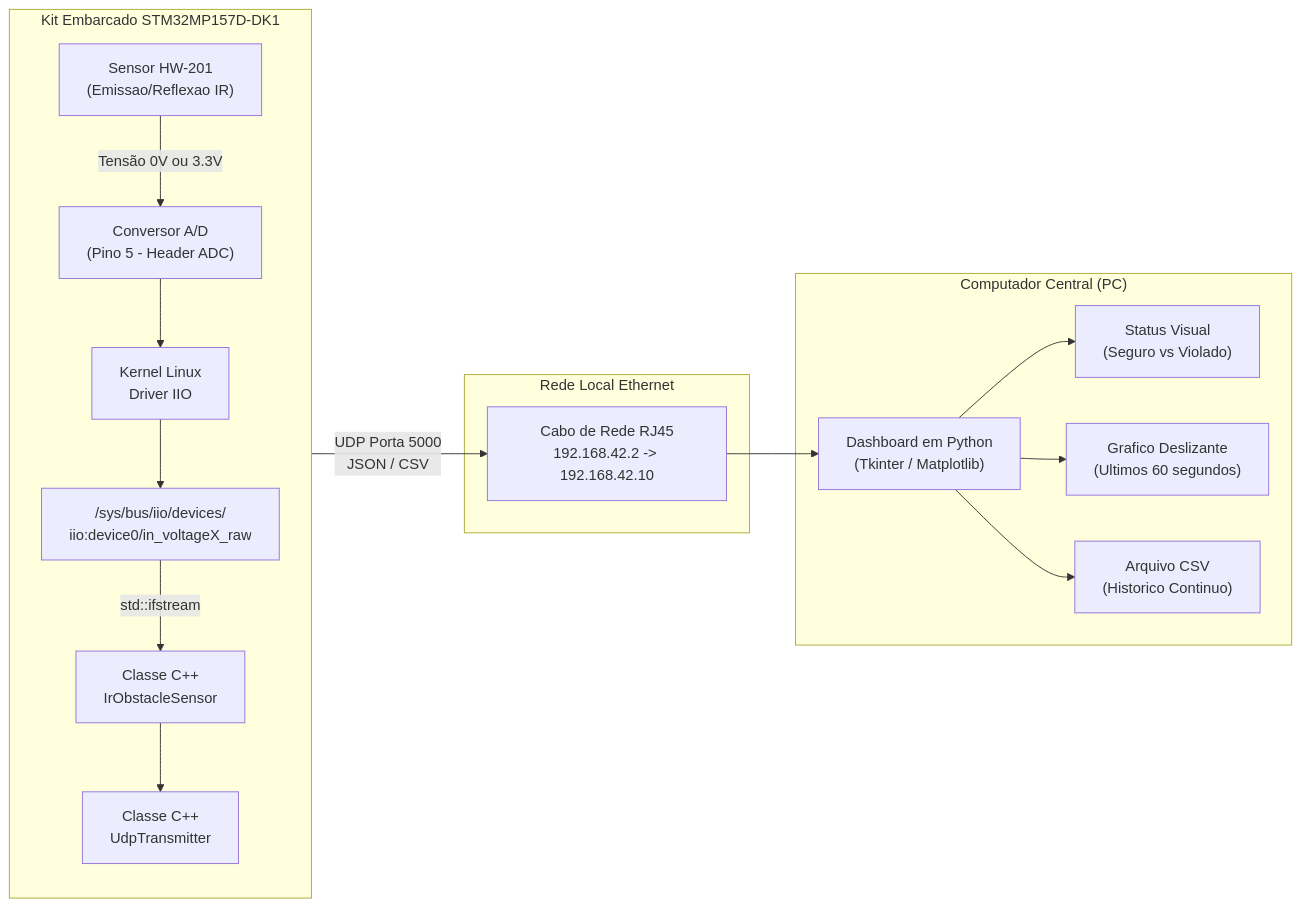
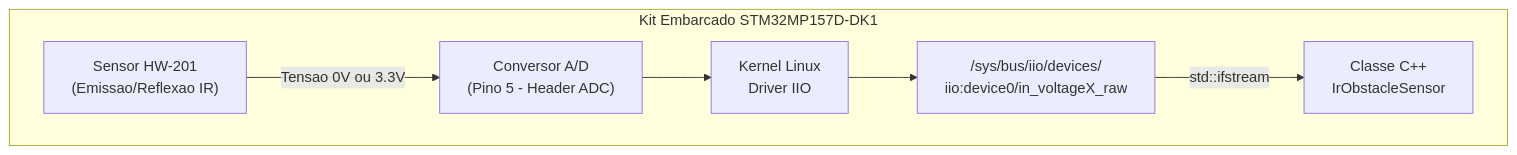
Before and after one commit to VPariz/stm32-projeto-final-prog-aplicada: the first of 2 diagrams in README.md, drawn with Mermaid. The commit also changed other lines of this file and 72 other files, not shown here.

Commit message:
refactor(entrega1): foca repositorio estritamente na classe IrObstacleSensor e Doxygen

````diff
--- a/README.md
+++ b/README.md
@@ -30,22 +27,10 @@
 ```mermaid
 flowchart LR
     subgraph HARDWARE["Kit Embarcado STM32MP157D-DK1"]
-        direction TB
-        HW201["Sensor HW-201<br/>(Emissao/Reflexao IR)"] -->|Tensão 0V ou 3.3V| ADC["Conversor A/D<br/>(Pino 5 - Header ADC)"]
+        direction LR
+        HW201["Sensor HW-201<br/>(Emissao/Reflexao IR)"] -->|Tensao 0V ou 3.3V| ADC["Conversor A/D<br/>(Pino 5 - Header ADC)"]
         ADC --> KERNEL["Kernel Linux<br/>Driver IIO"]
         KERNEL --> SYSFS["/sys/bus/iio/devices/<br/>iio:device0/in_voltageX_raw"]
         SYSFS -->|std::ifstream| SENSOR_CLASS["Classe C++<br/>IrObstacleSensor"]
-        SENSOR_CLASS --> UDP_CLASS["Classe C++<br/>UdpTransmitter"]
-    end
-
-    subgraph REDE["Rede Local Ethernet"]
-        UDP_CLASS -->|UDP Porta 5000<br/>JSON / CSV| ETHERNET["Cabo de Rede RJ45<br/>192.168.42.2 -> 192.168.42.10"]
-    end
-
-    subgraph SUPERVISAO["Computador Central (PC)"]
-        ETHERNET --> GUI["Dashboard em Python<br/>(Tkinter / Matplotlib)"]
-        GUI --> BANNER["Status Visual<br/>(Seguro vs Violado)"]
-        GUI --> PLOT["Grafico Deslizante<br/>(Ultimos 60 segundos)"]
-        GUI --> LOG["Arquivo CSV<br/>(Historico Continuo)"]
     end
 ```
````
